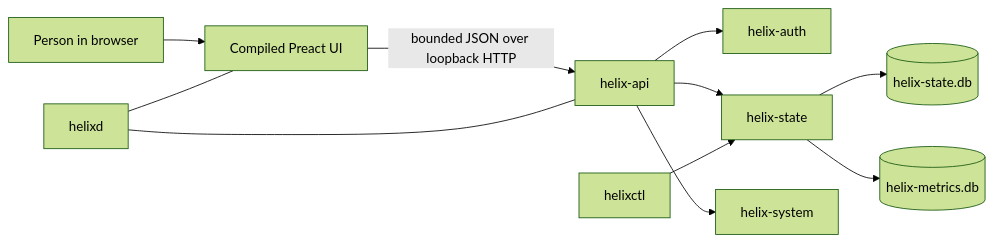
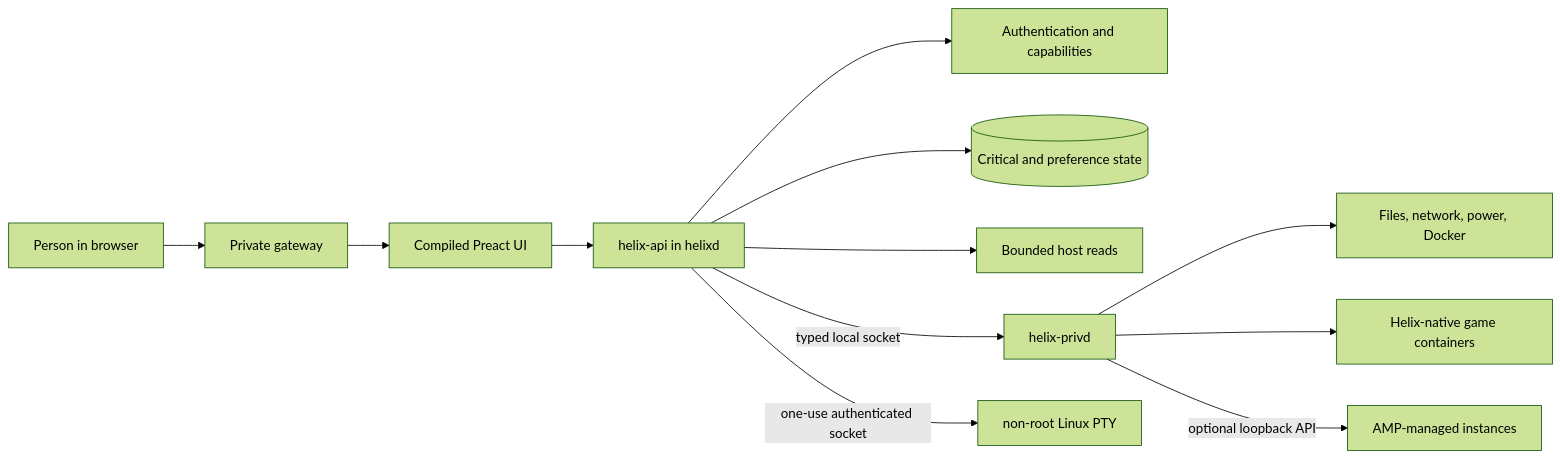
One commit to Riqqqque/Helix changed the diagram in docs/HOW-HELIX-WORKS.md. Above: the diagram before and after it, drawn with Mermaid (forest theme). The commit also changed other lines of this file and 191 other files, not shown here.

Commit message:
Build out private-alpha host and server management

````diff
--- a/docs/HOW-HELIX-WORKS.md
+++ b/docs/HOW-HELIX-WORKS.md
@@ -17,13 +17,14 @@
 ```mermaid
 flowchart LR
-  Person[Person in browser] --> UI[Compiled Preact UI]
-  UI -->|bounded JSON over loopback HTTP| API[helix-api]
-  API --> Auth[helix-auth]
-  API --> State[helix-state]
-  API --> System[helix-system]
-  State --> Critical[(helix-state.db)]
-  State --> Metrics[(helix-metrics.db)]
-  CLI[helixctl] --> State
-  Daemon[helixd] --- API
-  Daemon --- UI
+  Person[Person in browser] --> Gateway[Private gateway]
+  Gateway --> UI[Compiled Preact UI]
+  UI --> API[helix-api in helixd]
+  API --> Auth[Authentication and capabilities]
+  API --> State[(Critical and preference state)]
+  API --> System[Bounded host reads]
+  API -->|typed local socket| Broker[helix-privd]
+  API -->|one-use authenticated socket| Terminal[non-root Linux PTY]
+  Broker --> Host[Files, network, power, Docker]
+  Broker --> Native[Helix-native game containers]
+  Broker -->|optional loopback API| AMP[AMP-managed instances]
 ```
````
